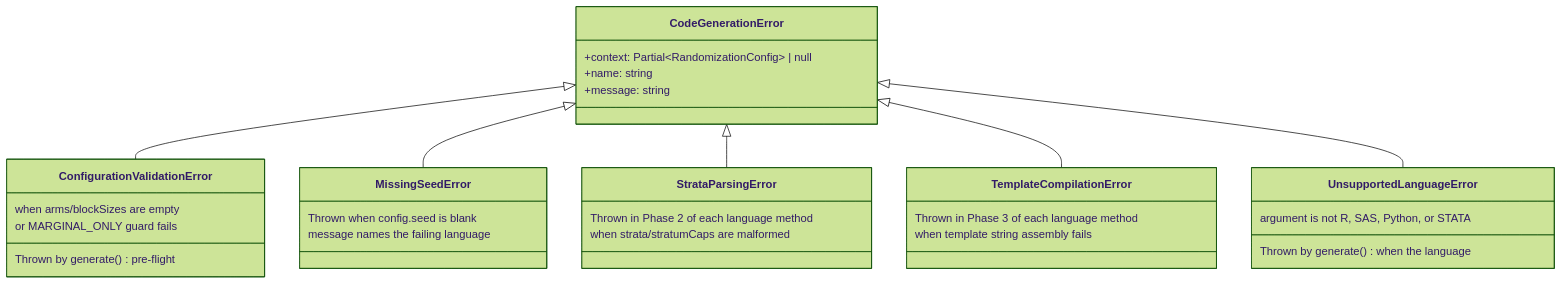
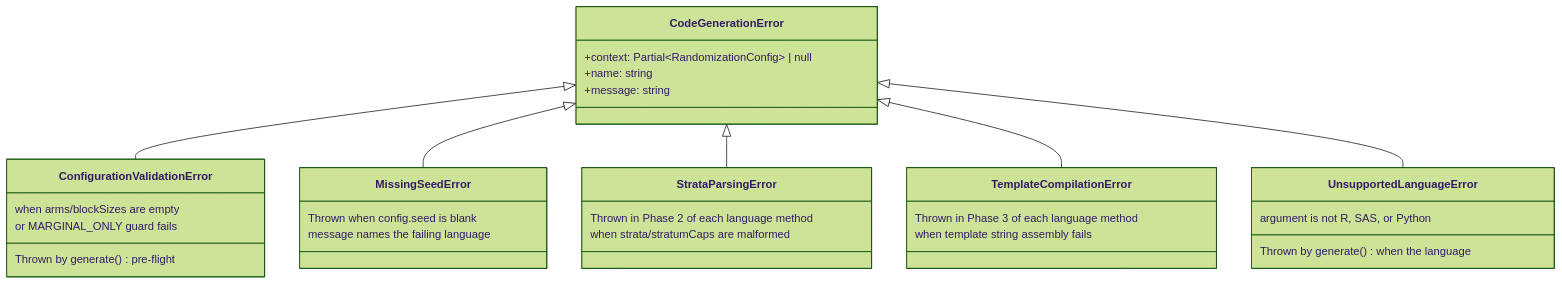
One commit to fderuiter/Clinical-Randomization-Generator changed diagram 14 of 17 in docs/ARCHITECTURE.md. Above: the diagram before and after it, drawn with Mermaid (forest theme). The commit also changed other lines of this file and 12 other files, not shown here.

````diff
--- a/docs/ARCHITECTURE.md
+++ b/docs/ARCHITECTURE.md
@@ -1067,34 +987,34 @@
 ```mermaid
 classDiagram
     class CodeGenerationError {
         +context: Partial~RandomizationConfig~ | null
         +name: string
         +message: string
     }
     class ConfigurationValidationError {
         Thrown by generate() pre-flight
         when arms/blockSizes are empty
         or MARGINAL_ONLY guard fails
     }
     class MissingSeedError {
         Thrown when config.seed is blank
         message names the failing language
     }
     class StrataParsingError {
         Thrown in Phase 2 of each language method
         when strata/stratumCaps are malformed
     }
     class TemplateCompilationError {
         Thrown in Phase 3 of each language method
         when template string assembly fails
     }
     class UnsupportedLanguageError {
         Thrown by generate() when the language
-        argument is not R, SAS, Python, or STATA
+        argument is not R, SAS, or Python
     }
     CodeGenerationError <|-- ConfigurationValidationError
     CodeGenerationError <|-- MissingSeedError
     CodeGenerationError <|-- StrataParsingError
     CodeGenerationError <|-- TemplateCompilationError
     CodeGenerationError <|-- UnsupportedLanguageError
 ```
````
